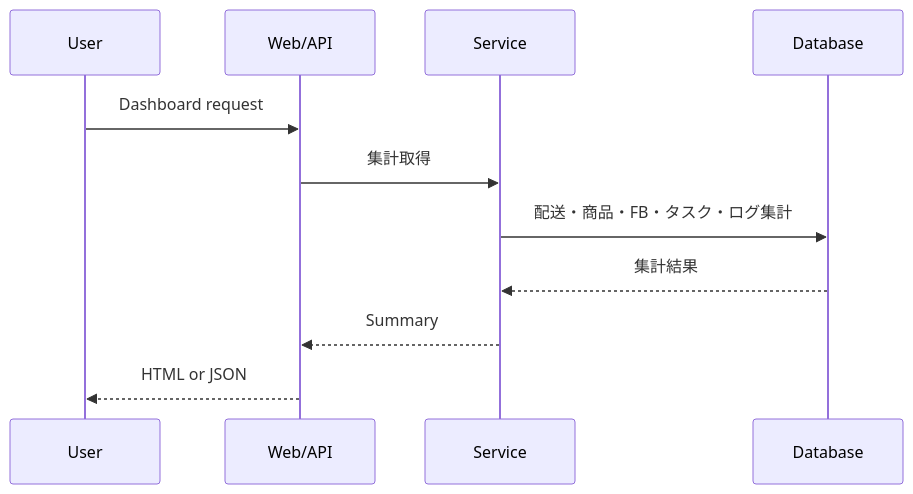
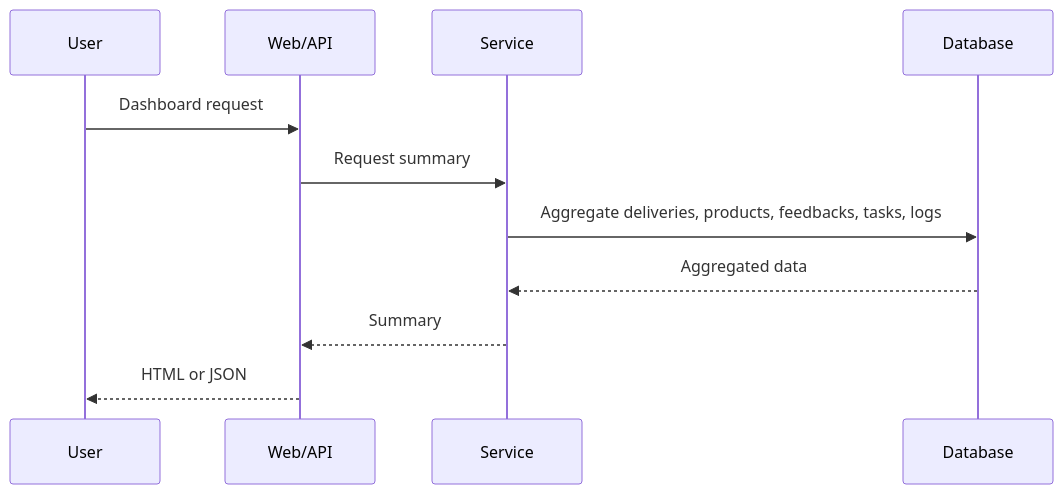
The second of 3 diagrams in docs/architecture.md (seki999/business-dashboard-93868), drawn with Mermaid before and after one commit. The commit also changed other lines of this file and 17 other files, not shown here.

````diff
--- a/docs/architecture.md
+++ b/docs/architecture.md
@@ -27,13 +27,13 @@
 ```mermaid
 sequenceDiagram
   participant U as User
   participant W as Web/API
   participant S as Service
   participant D as Database
   U->>W: Dashboard request
-  W->>S: 集計取得
-  S->>D: 配送・商品・FB・タスク・ログ集計
-  D-->>S: 集計結果
+  W->>S: Request summary
+  S->>D: Aggregate deliveries, products, feedbacks, tasks, logs
+  D-->>S: Aggregated data
   S-->>W: Summary
   W-->>U: HTML or JSON
 ```
````
